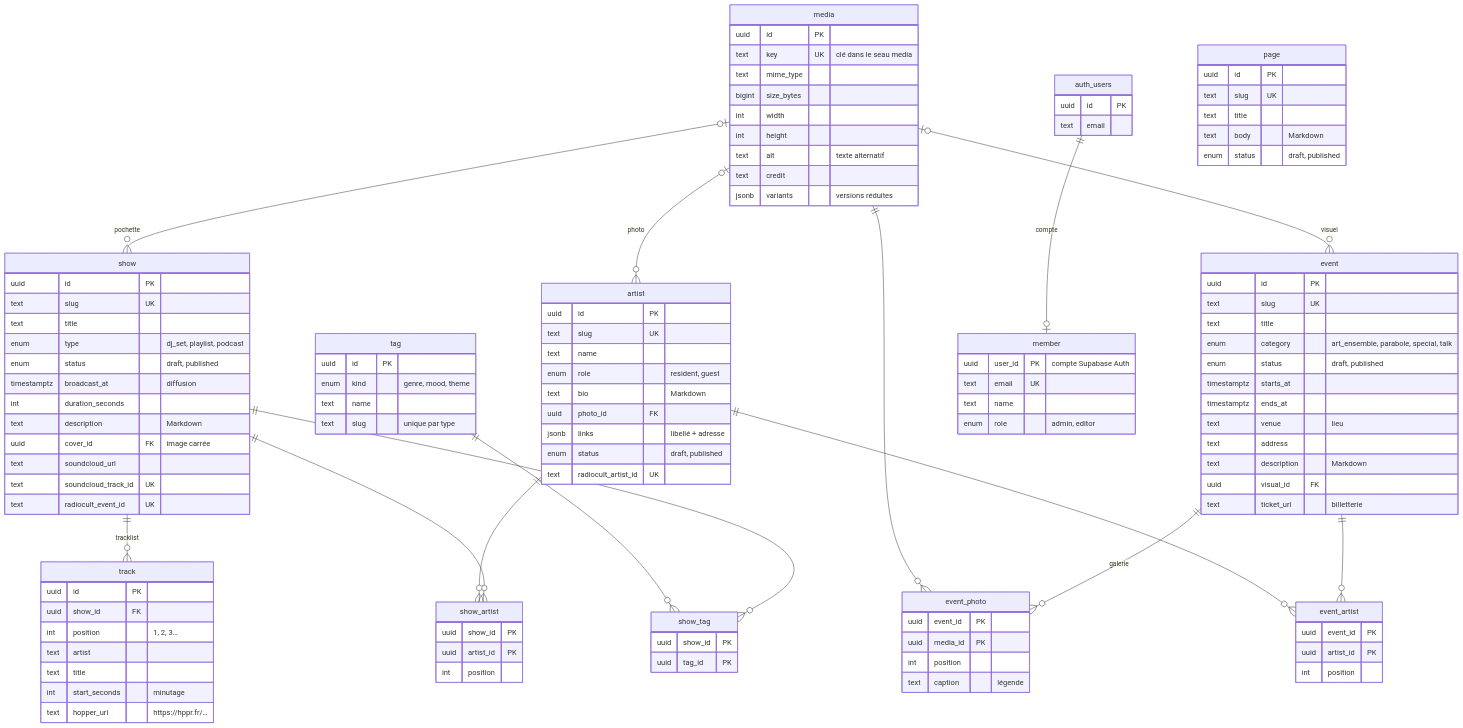
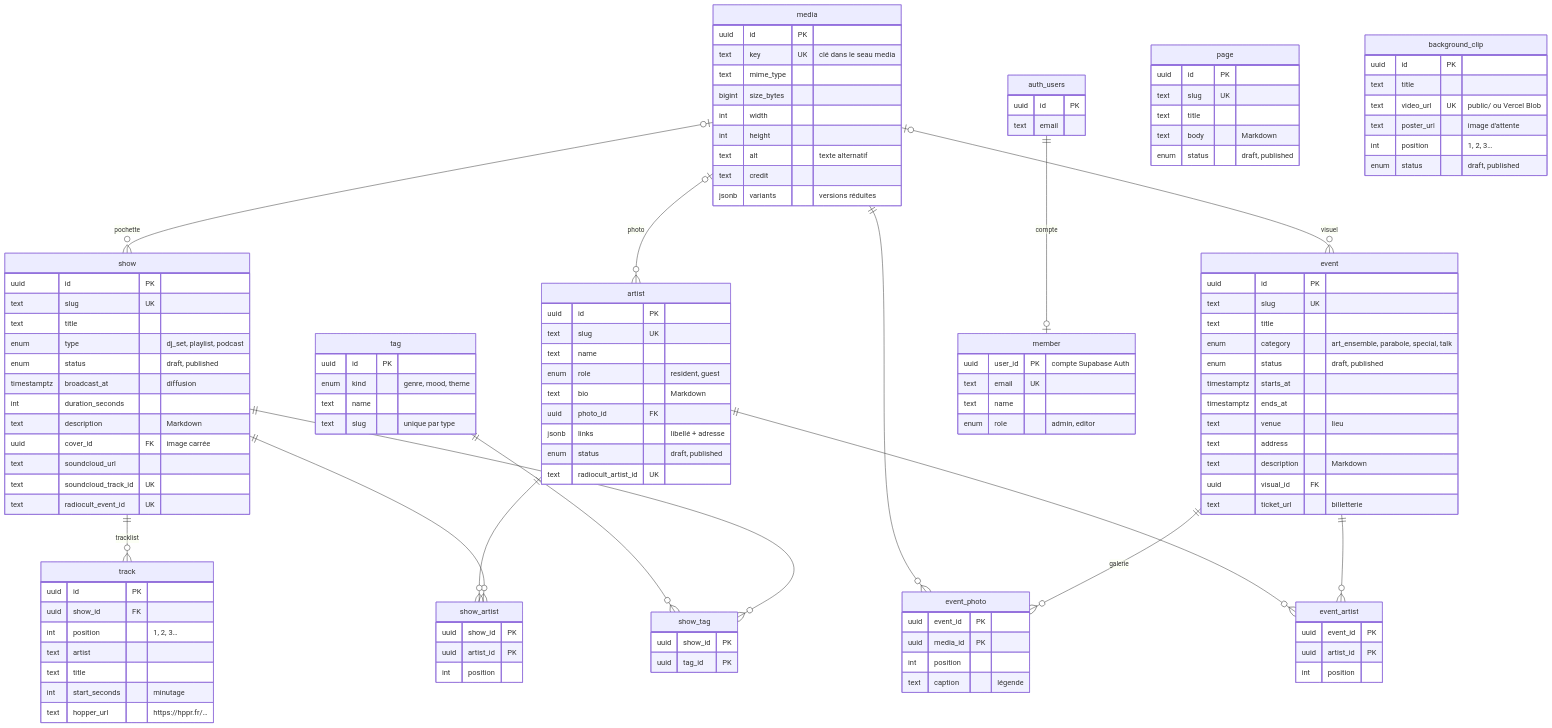
Before and after one commit to lazbutton/parabole-radio-site: the diagram in cms/README.md, drawn with Mermaid. The commit also changed other lines of this file and 1 other file, not shown here.

```diff
--- a/cms/README.md
+++ b/cms/README.md
@@ -173,6 +173,14 @@
         text credit
         jsonb variants "versions réduites"
     }
+    background_clip {
+        uuid id PK
+        text title
+        text video_url UK "public/ ou Vercel Blob"
+        text poster_url "image d'attente"
+        int position "1, 2, 3…"
+        enum status "draft, published"
+    }
     member {
         uuid user_id PK "compte Supabase Auth"
         text email UK
```
